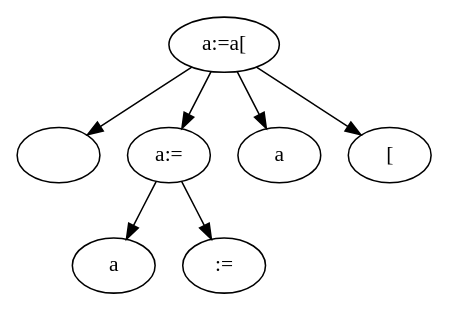
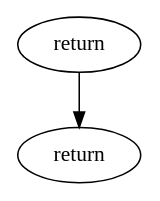
One commit to Mcklmo/Simplified-GPL-Syntax-Compiler-P4-Project-AAU- changed the diagram in output.dot. Above: the diagram before and after it, drawn with Graphviz. The commit also changed 10 other files, not shown here.

```diff
--- a/output.dot
+++ b/output.dot
@@ -1,15 +1,5 @@
 digraph G {
-n0 [label="a:=a["];
-n1 [label=""];
+n0 [label="return"];
+n1 [label="return"];
 n0 -> n1;
-n2 [label="a:="];
-n0 -> n2;
-n3 [label="a"];
-n2 -> n3;
-n4 [label=":="];
-n2 -> n4;
-n5 [label="a"];
-n0 -> n5;
-n6 [label="["];
-n0 -> n6;
 }
```
